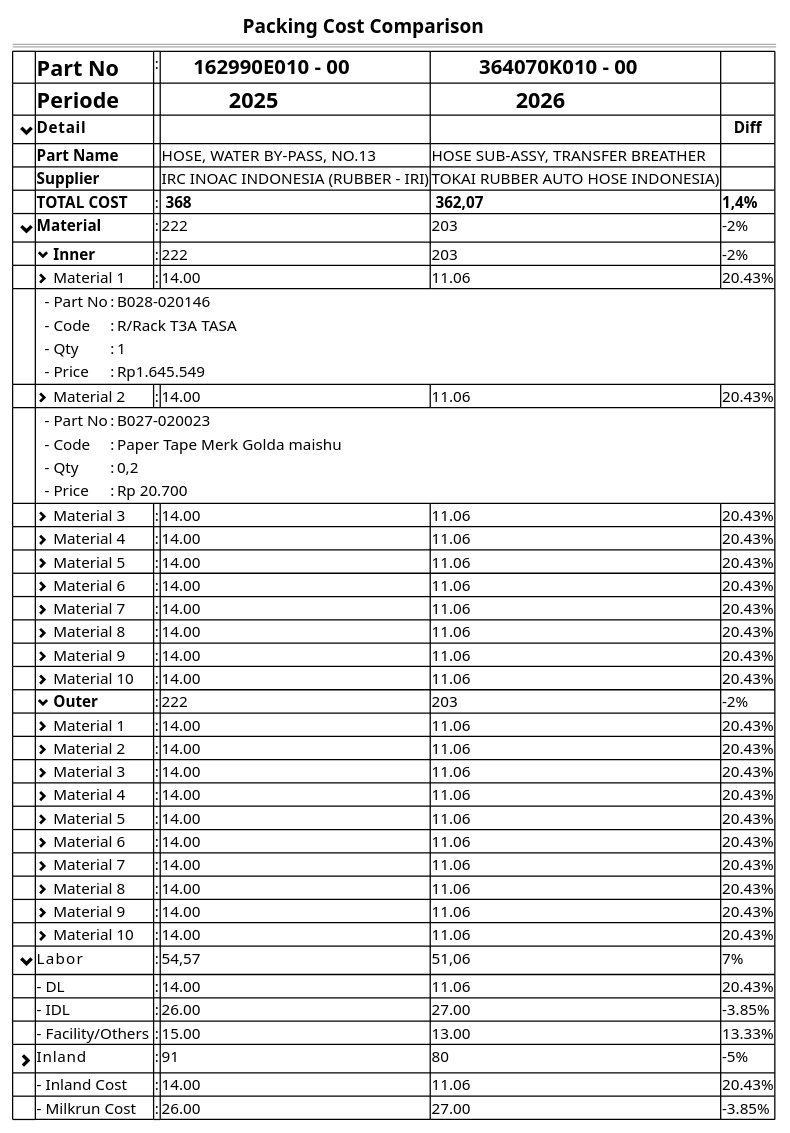
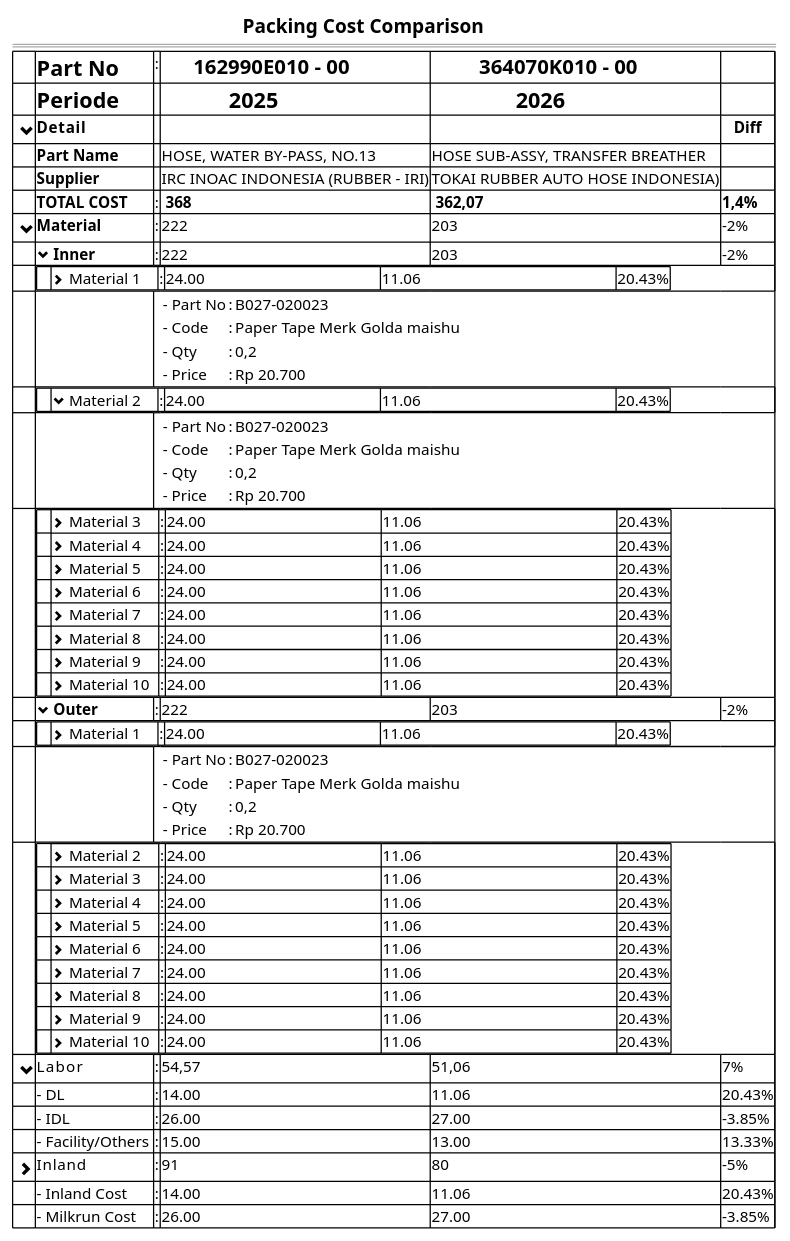
Before and after one commit to ari-fikri/packing-cost-mockup: the diagram in PPR/comparison/comparison1b.puml, drawn with PlantUML.

Commit message:
Modify the page layout

```diff
--- a/PPR/comparison/comparison1b.puml
+++ b/PPR/comparison/comparison1b.puml
@@ -1,59 +1,74 @@
 @startsalt
 {
                                                             <b><size:15>Packing Cost Comparison
   ==
   {#
     |.|<b><size:17>Part No                    | : |=       162990E010 - 00             |=         364070K010 - 00     |.|*
     |.|<b><size:17>Periode                    |.  |<b><size:17>            2025        |<b><size:17>               2026      |.|*
     |<size:15> <&chevron-bottom>     |<b>Detail           |  .| .                 | .             |   <b>Diff|*
     |.|<b>Part Name                  |.  |HOSE, WATER BY-PASS, NO.13         | HOSE SUB-ASSY, TRANSFER BREATHER        |.|*    
     |.|<b>Supplier                   |.  |IRC INOAC INDONESIA (RUBBER - IRI) | TOKAI RUBBER AUTO HOSE INDONESIA)       |.|*        
     |          .                  |<b>TOTAL COST            | : |<b> 368              |<b> 362,07          |<b>1,4% |*    
     |<size:15> <&chevron-bottom>  |<b>Material              | : | 222                 | 203                |-2%     |*
     |.                            |<&chevron-bottom><b> Inner              | : | 222                 | 203                |-2%     |*
-    |.                            | <&chevron-right> Material 1	               |:  |	14.00              |	11.06	            |20.43%  |*
-    .|{
-      .| - Part No	 |:|B028-020146  |*
-      .| - Code      |:|R/Rack T3A TASA
-      .| - Qty	     |:|1            |*
-      .| - Price 	   |:| Rp1.645.549 |*
-    }|*|*|*|*|*
-    |.                            | <&chevron-right> Material 2	               |:  |	14.00              |	11.06	            |20.43%  |*
-    .|{
+    .|{#
+        |   |<&chevron-right> Material 1    	               |:  |	24.00                                            |	11.06                                                 |20.43%  |*
+      }|*|*|*|*|*
+      .|.|{
+        .| - Part No	 |:| B027-020023 |*
+        .| - Code      |:| Paper Tape Merk Golda maishu |*
+        .| - Qty	     |:| 0,2         |*
+        .| - Price 	   |:| Rp 20.700   |*
+      }|*|*|*|*|*
+    .|{#
+        |   |<&chevron-bottom> Material 2    	               |:  |	24.00                                            |	11.06                                                 |20.43%  |*
+      }|*|*|*|*|*
+    .|.|{
       .| - Part No	 |:| B027-020023 |*
       .| - Code      |:| Paper Tape Merk Golda maishu |*
       .| - Qty	     |:| 0,2         |*
       .| - Price 	   |:| Rp 20.700   |*
-    }|*|*|*|*|*
-    |.                            | <&chevron-right> Material 3	               |:  |	14.00              |	11.06	            |20.43%  |*
-    |.                            | <&chevron-right> Material 4	               |:  |	14.00              |	11.06	            |20.43%  |*
-    |.                            | <&chevron-right> Material 5	               |:  |	14.00              |	11.06	            |20.43%  |*
-    |.                            | <&chevron-right> Material 6	               |:  |	14.00              |	11.06	            |20.43%  |*
-    |.                            | <&chevron-right> Material 7	               |:  |	14.00              |	11.06	            |20.43%  |*
-    |.                            | <&chevron-right> Material 8	               |:  |	14.00              |	11.06	            |20.43%  |*
-    |.                            | <&chevron-right> Material 9	               |:  |	14.00              |	11.06	            |20.43%  |*
-    |.                            | <&chevron-right> Material 10	               |:  |	14.00              |	11.06	            |20.43%  |*
+    }|*|*|*|*|*            
+    .|{#
+    |   |<&chevron-right> Material 3   |:  |	24.00                                            |	11.06                                                 |20.43%  |*
+    |   |<&chevron-right> Material 4   |:  |	24.00                                            |	11.06                                                 |20.43%  |*
+    |   |<&chevron-right> Material 5   |:  |	24.00                                            |	11.06                                                 |20.43%  |*
+    |   |<&chevron-right> Material 6   |:  |	24.00                                            |	11.06                                                 |20.43%  |*
+    |   |<&chevron-right> Material 7   |:  |	24.00                                            |	11.06                                                 |20.43%  |*
+    |   |<&chevron-right> Material 8   |:  |	24.00                                            |	11.06                                                 |20.43%  |*
+    |   |<&chevron-right> Material 9   |:  |	24.00                                            |	11.06                                                 |20.43%  |*
+    |   |<&chevron-right> Material 10  |:  |	24.00                                            |	11.06                                                 |20.43%  |*
+  }|*|*|*|*|*
     |.                            |<&chevron-bottom><b> Outer              | : | 222                 | 203                |-2%     |*
-    |.                            | <&chevron-right> Material 1	               |:  |	14.00              |	11.06	            |20.43%  |*
-    |.                            | <&chevron-right> Material 2	               |:  |	14.00              |	11.06	            |20.43%  |*
-    |.                            | <&chevron-right> Material 3	               |:  |	14.00              |	11.06	            |20.43%  |*
-    |.                            | <&chevron-right> Material 4	               |:  |	14.00              |	11.06	            |20.43%  |*
-    |.                            | <&chevron-right> Material 5	               |:  |	14.00              |	11.06	            |20.43%  |*
-    |.                            | <&chevron-right> Material 6	               |:  |	14.00              |	11.06	            |20.43%  |*
-    |.                            | <&chevron-right> Material 7	               |:  |	14.00              |	11.06	            |20.43%  |*
-    |.                            | <&chevron-right> Material 8	               |:  |	14.00              |	11.06	            |20.43%  |*
-    |.                            | <&chevron-right> Material 9	               |:  |	14.00              |	11.06	            |20.43%  |*
-    |.                            | <&chevron-right> Material 10	               |:  |	14.00              |	11.06	            |20.43%  |*
-
+    .|{#
+        |   |<&chevron-right> Material 1    	               |:  |	24.00                                            |	11.06                                                 |20.43%  |*
+      }|*|*|*|*|*
+      .|.|{
+        .| - Part No	 |:| B027-020023 |*
+        .| - Code      |:| Paper Tape Merk Golda maishu |*
+        .| - Qty	     |:| 0,2         |*
+        .| - Price 	   |:| Rp 20.700   |*
+      }|*|*|*|*|*
+    .|{#
+    |   |<&chevron-right> Material 2   |:  |	24.00                                            |	11.06                                                 |20.43%  |*
+    |   |<&chevron-right> Material 3   |:  |	24.00                                            |	11.06                                                 |20.43%  |*
+    |   |<&chevron-right> Material 4   |:  |	24.00                                            |	11.06                                                 |20.43%  |*
+    |   |<&chevron-right> Material 5   |:  |	24.00                                            |	11.06                                                 |20.43%  |*
+    |   |<&chevron-right> Material 6   |:  |	24.00                                            |	11.06                                                 |20.43%  |*
+    |   |<&chevron-right> Material 7   |:  |	24.00                                            |	11.06                                                 |20.43%  |*
+    |   |<&chevron-right> Material 8   |:  |	24.00                                            |	11.06                                                 |20.43%  |*
+    |   |<&chevron-right> Material 9   |:  |	24.00                                            |	11.06                                                 |20.43%  |*
+    |   |<&chevron-right> Material 10  |:  |	24.00                                            |	11.06                                                 |20.43%  |*
+  }|*|*|*|*|*      
     |<size:15> <&chevron-bottom>  |Labor                 | : | 54,57               | 51,06              |7%      |*
     |.                            | - DL	               |:  |	14.00              |	11.06	            |20.43%  |*
     |.                            | - IDL	               |:  |	26.00              |	27.00	            |–3.85%  |*
     |.                            | - Facility/Others	   |:  |	15.00              |	13.00	            |13.33%  |*
       
     |<size:15> <&chevron-right>   |Inland                | : | 91                  | 80                 |-5%  |*    
     |.                            | - Inland Cost	       |:  |	14.00              |	11.06	            |20.43%  |*
     |.                            | - Milkrun Cost	      |:  |	26.00              |	27.00	            |–3.85%  |*    
   }
   
 }
 @endsalt
```
